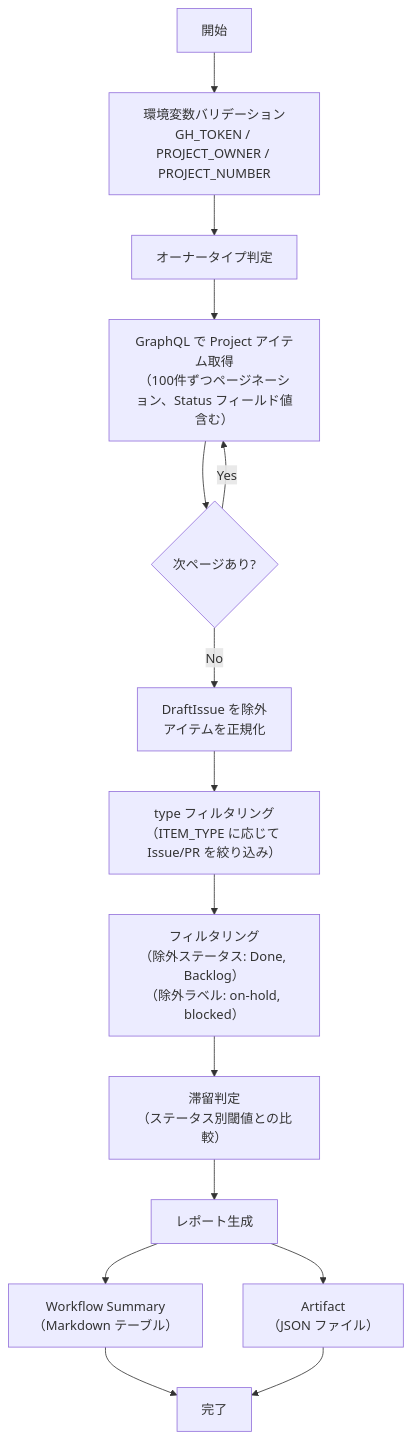
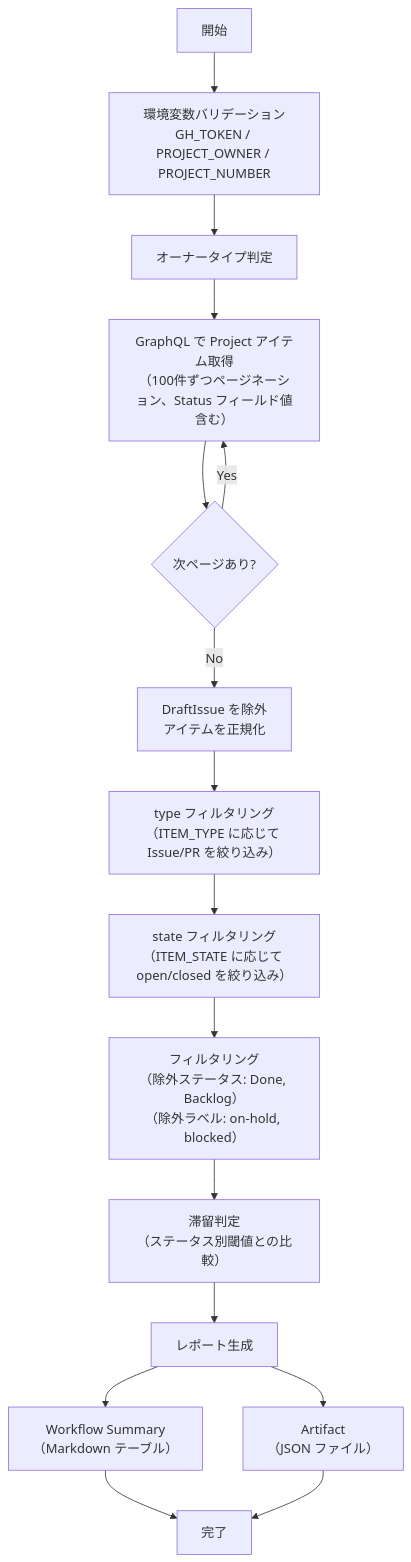
The diagram in docs/scripts/detect-stale-items.md (mabubu0203/github-projects-starter-kit), drawn with Mermaid before and after one commit. The commit also changed other lines of this file and 8 other files, not shown here.

````diff
--- a/docs/scripts/detect-stale-items.md
+++ b/docs/scripts/detect-stale-items.md
@@ -32,17 +33,18 @@
 ```mermaid
 flowchart TD
     A["開始"] --> B["環境変数バリデーション\nGH_TOKEN / PROJECT_OWNER / PROJECT_NUMBER"]
     B --> C["オーナータイプ判定"]
     C --> D["GraphQL で Project アイテム取得\n（100件ずつページネーション、Status フィールド値含む）"]
     D --> E{"次ページあり?"}
     E -- "Yes" --> D
     E -- "No" --> F["DraftIssue を除外\nアイテムを正規化"]
 
     F --> F2["type フィルタリング\n（ITEM_TYPE に応じて Issue/PR を絞り込み）"]
-    F2 --> G["フィルタリング\n（除外ステータス: Done, Backlog）\n（除外ラベル: on-hold, blocked）"]
+    F2 --> F3["state フィルタリング\n（ITEM_STATE に応じて open/closed を絞り込み）"]
+    F3 --> G["フィルタリング\n（除外ステータス: Done, Backlog）\n（除外ラベル: on-hold, blocked）"]
     G --> H["滞留判定\n（ステータス別閾値との比較）"]
     H --> I["レポート生成"]
     I --> J["Workflow Summary\n（Markdown テーブル）"]
     I --> K["Artifact\n（JSON ファイル）"]
     J & K --> L["完了"]
 ```
````
